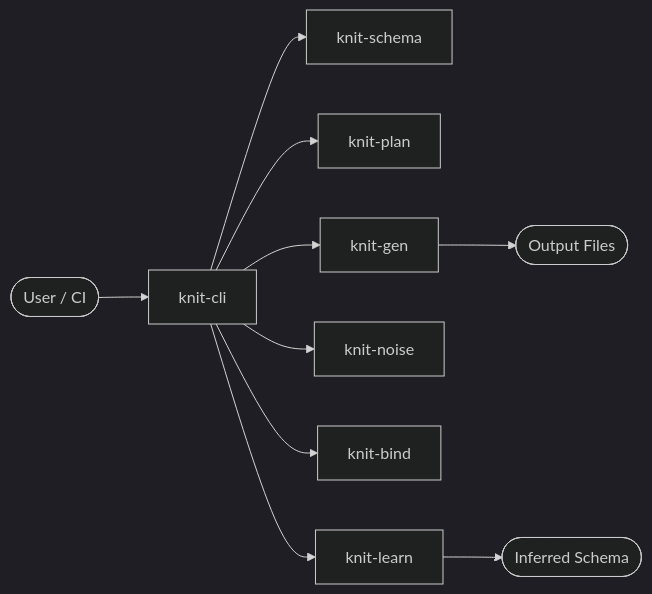
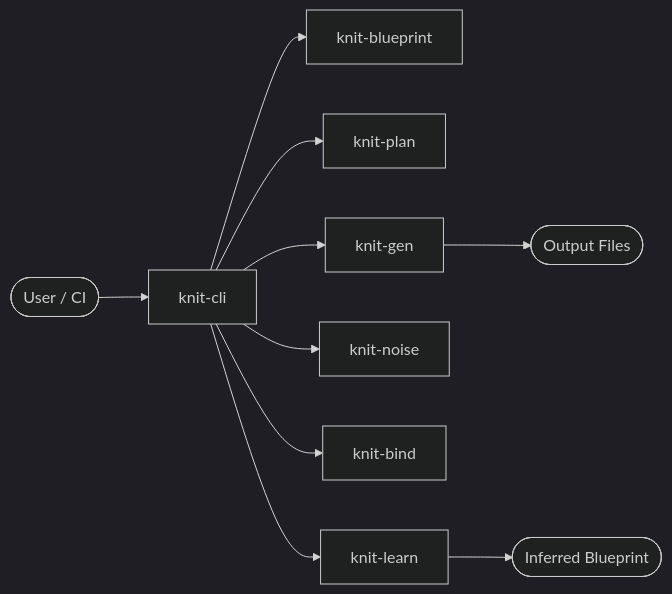
Before and after one commit to Yaming-Hub/knit: the first of 6 diagrams in docs/design-cli.md, drawn with Mermaid (dark theme). The commit also changed other lines of this file and 99 other files, not shown here.

First line of the commit message:
refactor: rename 'schema' to 'blueprint' throughout codebase (#235)

````diff
--- a/docs/design-cli.md
+++ b/docs/design-cli.md
@@ -35,12 +35,12 @@
 ```mermaid
 flowchart LR
     user([User / CI]) --> cli[knit-cli]
-    cli --> schema[knit-schema]
+    cli --> blueprint[knit-blueprint]
     cli --> plan[knit-plan]
     cli --> gen[knit-gen]
     cli --> noise[knit-noise]
     cli --> bind[knit-bind]
     cli --> learn[knit-learn]
     gen --> output([Output Files])
-    learn --> inferred([Inferred Schema])
+    learn --> inferred([Inferred Blueprint])
 ```
````
